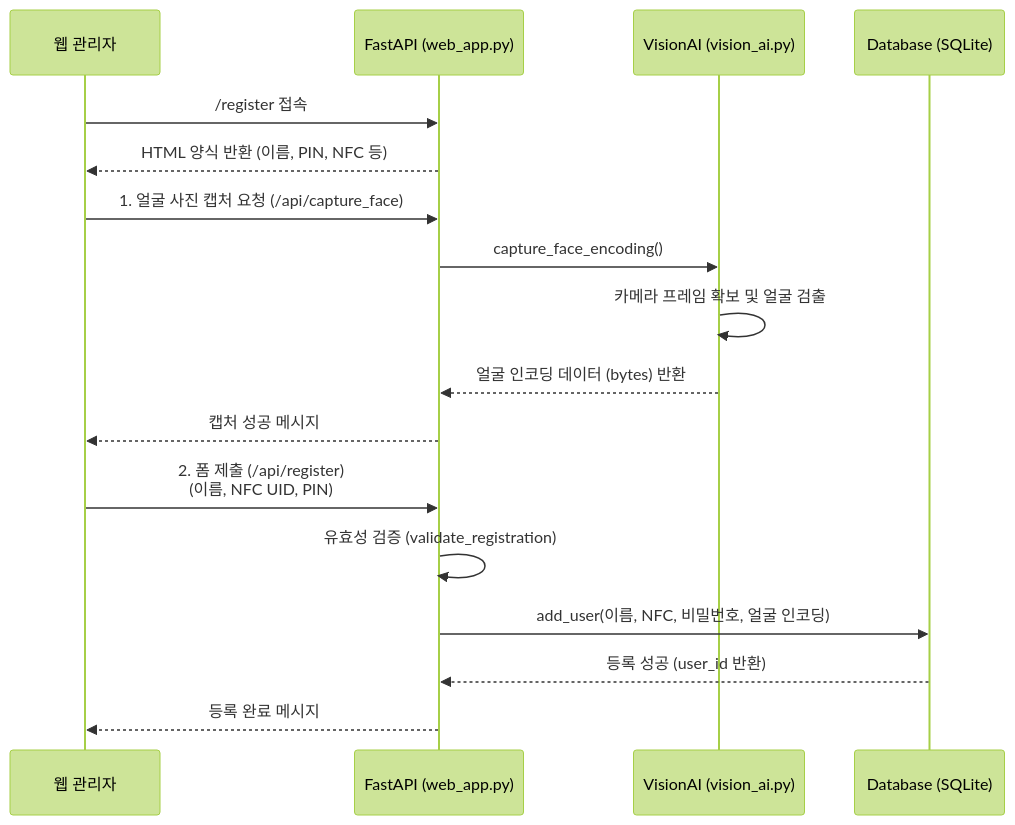
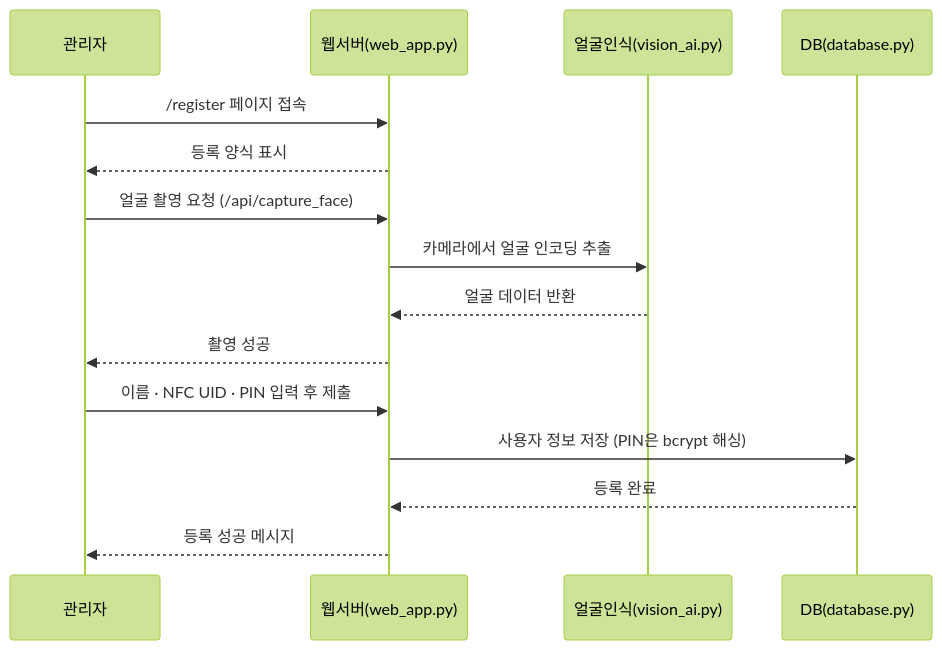
The third of 3 diagrams in website/docs/system_docs/system_design.md (hkimw-underground/digital-logic-circuit), drawn with Mermaid (forest theme) before and after one commit. The commit also changed other lines of this file and 26 other files, not shown here.

````diff
--- a/website/docs/system_docs/system_design.md
+++ b/website/docs/system_docs/system_design.md
@@ -82,20 +81,18 @@
 ```mermaid
 sequenceDiagram
-    participant Admin as 웹 관리자
-    participant Web as FastAPI (web_app.py)
-    participant Vision as VisionAI (vision_ai.py)
-    participant DB as Database (SQLite)
+    participant A as 관리자
+    participant W as 웹서버(web_app.py)
+    participant V as 얼굴인식(vision_ai.py)
+    participant D as DB(database.py)
 
-    Admin->>Web: /register 접속
-    Web-->>Admin: HTML 양식 반환 (이름, PIN, NFC 등)
-    Admin->>Web: 1. 얼굴 사진 캡처 요청 (/api/capture_face)
-    Web->>Vision: capture_face_encoding()
-    Vision->>Vision: 카메라 프레임 확보 및 얼굴 검출
-    Vision-->>Web: 얼굴 인코딩 데이터 (bytes) 반환
-    Web-->>Admin: 캡처 성공 메시지
-    Admin->>Web: 2. 폼 제출 (/api/register) <br/>(이름, NFC UID, PIN)
-    Web->>Web: 유효성 검증 (validate_registration)
-    Web->>DB: add_user(이름, NFC, 비밀번호, 얼굴 인코딩)
-    DB-->>Web: 등록 성공 (user_id 반환)
-    Web-->>Admin: 등록 완료 메시지
+    A->>W: /register 페이지 접속
+    W-->>A: 등록 양식 표시
+    A->>W: 얼굴 촬영 요청 (/api/capture_face)
+    W->>V: 카메라에서 얼굴 인코딩 추출
+    V-->>W: 얼굴 데이터 반환
+    W-->>A: 촬영 성공
+    A->>W: 이름 · NFC UID · PIN 입력 후 제출
+    W->>D: 사용자 정보 저장 (PIN은 bcrypt 해싱)
+    D-->>W: 등록 완료
+    W-->>A: 등록 성공 메시지
 ```
````
